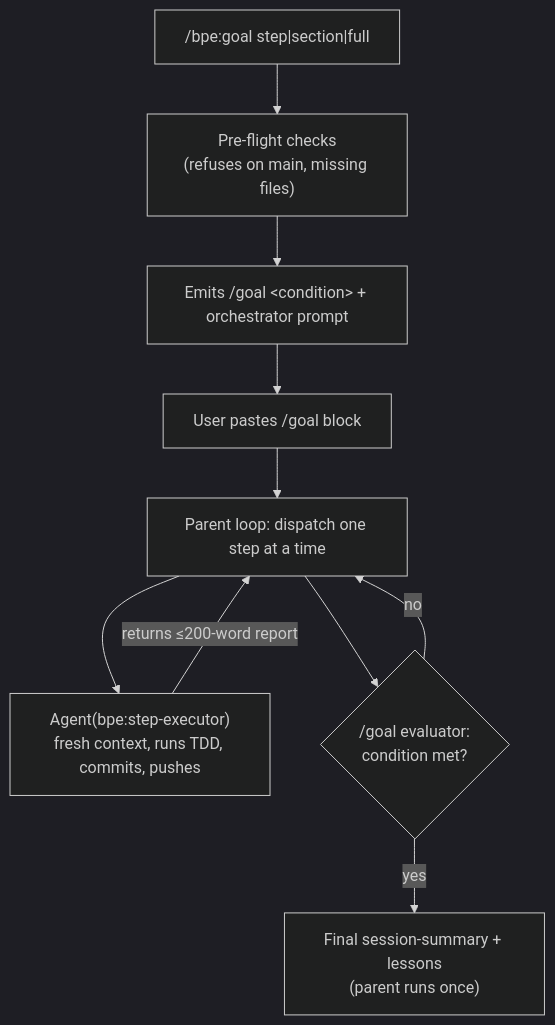
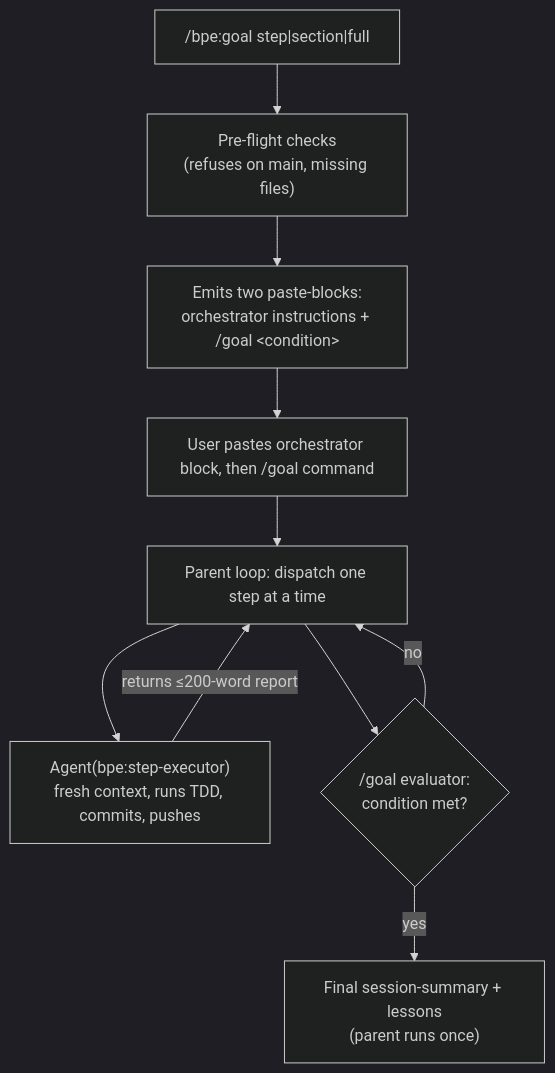
The diagram in bpe/README.md (MasonEgger/claude-code-plugin), drawn with Mermaid (dark theme) before and after one commit. The commit also changed other lines of this file and 4 other files, not shown here.

First line of the commit message:
bpe: split /goal condition from orchestrator + drop fake /auto (0.4.3)

````diff
--- a/bpe/README.md
+++ b/bpe/README.md
@@ -48,12 +48,12 @@
 ```mermaid
 flowchart TD
     A["/bpe:goal step|section|full"] --> B["Pre-flight checks<br/>(refuses on main, missing files)"]
-    B --> C["Emits /goal &lt;condition&gt; + orchestrator prompt"]
-    C --> D["User pastes /goal block"]
+    B --> C["Emits two paste-blocks:<br/>orchestrator instructions + /goal &lt;condition&gt;"]
+    C --> D["User pastes orchestrator block, then /goal command"]
     D --> E["Parent loop: dispatch one step at a time"]
     E --> F["Agent(bpe:step-executor)<br/>fresh context, runs TDD, commits, pushes"]
     F -->|"returns ≤200-word report"| E
     E --> G{"/goal evaluator:<br/>condition met?"}
     G -->|no| E
     G -->|yes| H["Final session-summary + lessons<br/>(parent runs once)"]
 ```
````
